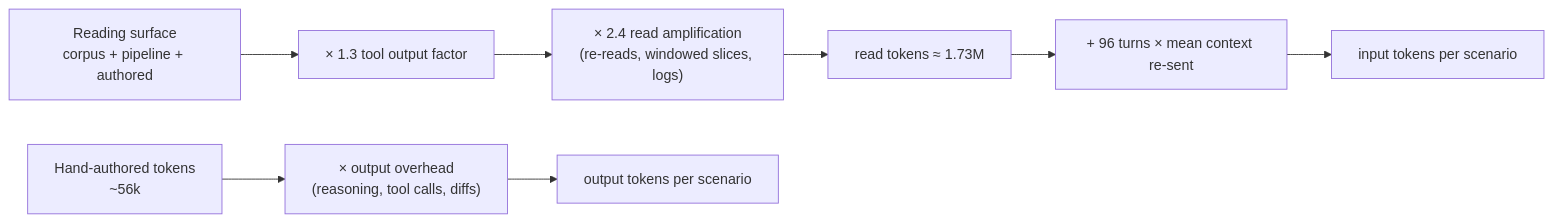
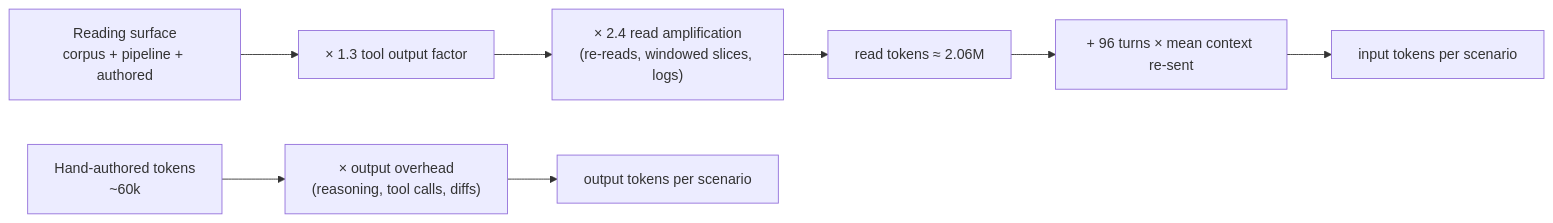
Before and after one commit to wezbest/IzRez-1: the first of 2 diagrams in W/w1/isr2/src/content/docs/14-site-build-report.md, drawn with Mermaid. The commit also changed other lines of this file and 12 other files, not shown here.

````diff
--- a/W/w1/isr2/src/content/docs/14-site-build-report.md
+++ b/W/w1/isr2/src/content/docs/14-site-build-report.md
@@ -106,10 +106,10 @@
 ```mermaid
 flowchart LR
     A["Reading surface<br/>corpus + pipeline + authored"] --> B["× 1.3 tool output factor"]
     B --> C["× 2.4 read amplification<br/>(re-reads, windowed slices, logs)"]
-    C --> D["read tokens ≈ 1.73M"]
+    C --> D["read tokens ≈ 2.06M"]
     D --> E["+ 96 turns × mean context re-sent"]
     E --> F["input tokens per scenario"]
-    G["Hand-authored tokens<br/>~56k"] --> H["× output overhead<br/>(reasoning, tool calls, diffs)"]
+    G["Hand-authored tokens<br/>~60k"] --> H["× output overhead<br/>(reasoning, tool calls, diffs)"]
     H --> I["output tokens per scenario"]
 ```
````
